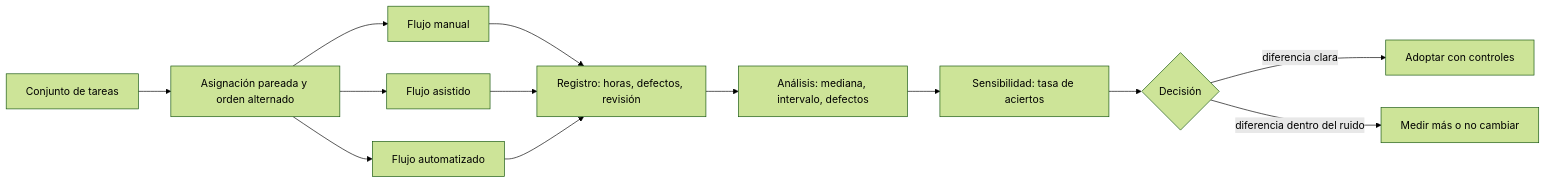
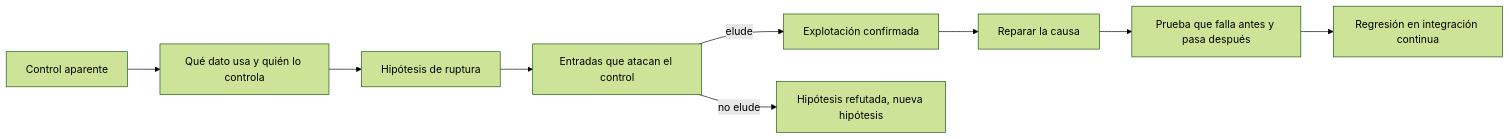
One commit to vladimiracunadev-create/modern-software-engineering-program changed the diagram in content/part-38/SE-467.md. Above: the diagram before and after it, drawn with Mermaid (forest theme). The commit also changed other lines of this file and 5193 other files, not shown here.

````diff
--- a/content/part-38/SE-467.md
+++ b/content/part-38/SE-467.md
@@ -57,15 +56,11 @@
 ```mermaid
 flowchart LR
-    A[Conjunto de tareas] --> B[Asignación pareada y orden alternado]
-    B --> C[Flujo manual]
-    B --> D[Flujo asistido]
-    B --> E[Flujo automatizado]
-    C --> F[Registro: horas, defectos, revisión]
-    D --> F
-    E --> F
-    F --> G[Análisis: mediana, intervalo, defectos]
-    G --> H[Sensibilidad: tasa de aciertos]
-    H --> I{Decisión}
-    I -->|diferencia clara| J[Adoptar con controles]
-    I -->|diferencia dentro del ruido| K[Medir más o no cambiar]
+    A[Control aparente] --> B[Qué dato usa y quién lo controla]
+    B --> C[Hipótesis de ruptura]
+    C --> D[Entradas que atacan el control]
+    D -->|elude| E[Explotación confirmada]
+    D -->|no elude| F[Hipótesis refutada, nueva hipótesis]
+    E --> G[Reparar la causa]
+    G --> H[Prueba que falla antes y pasa después]
+    H --> I[Regresión en integración continua]
 ```
````
